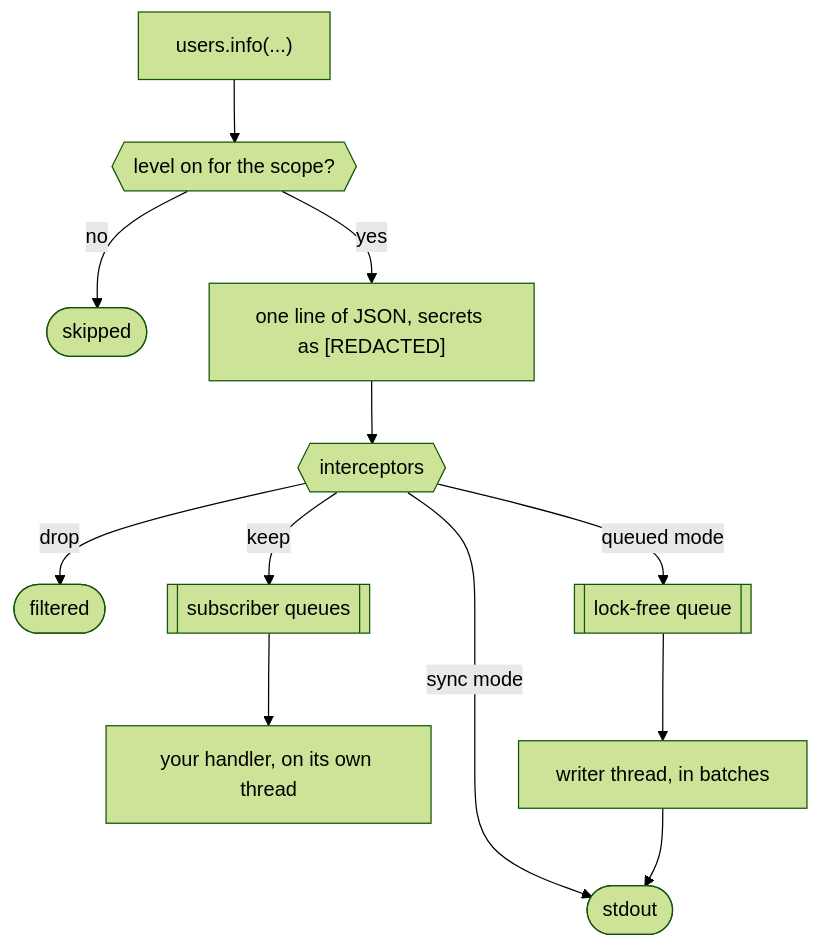
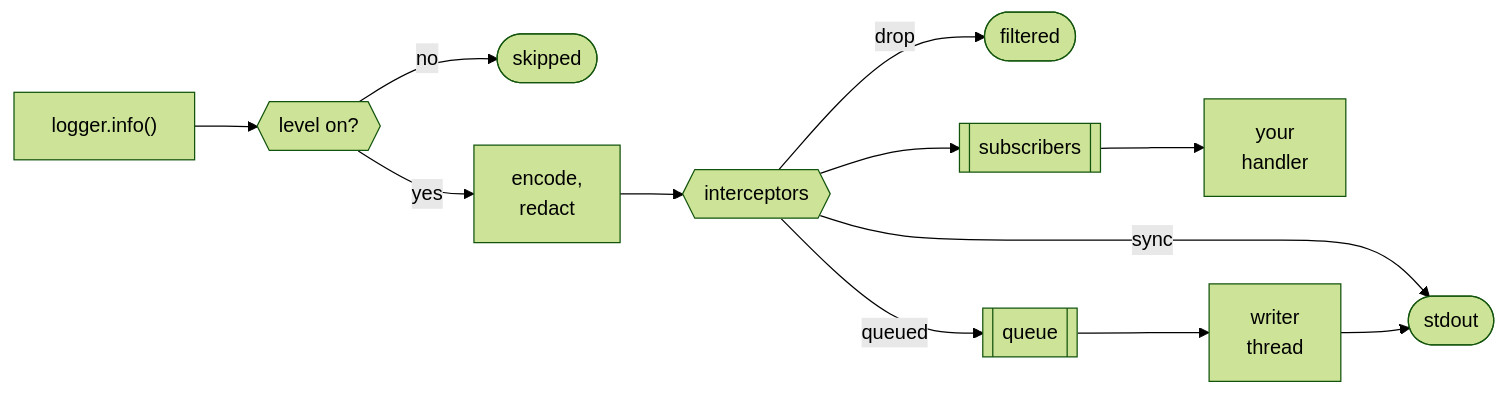
The first of 7 diagrams in src/log/examples/README.md (vkiryakov/zefir), drawn with Mermaid (forest theme) before and after one commit.

Commit message:
Keep the record's path diagram short, as confy's

````diff
--- a/src/log/examples/README.md
+++ b/src/log/examples/README.md
@@ -64,14 +64,14 @@
 ```mermaid
-flowchart TD
-    call["users.info(...)"] --> level{{"level on for the scope?"}}
+flowchart LR
+    call["logger.info()"] --> level{{"level on?"}}
     level -->|no| skipped(["skipped"])
-    level -->|yes| encode["one line of JSON, secrets as [REDACTED]"]
+    level -->|yes| encode["encode,<br/>redact"]
     encode --> hooks{{"interceptors"}}
     hooks -->|drop| filtered(["filtered"])
-    hooks -->|keep| subs[["subscriber queues"]]
-    hooks -->|sync mode| stdout(["stdout"])
-    hooks -->|queued mode| queue[["lock-free queue"]]
-    subs --> handler["your handler, on its own thread"]
-    queue --> writer["writer thread, in batches"]
+    hooks --> subs[["subscribers"]]
+    subs --> handler["your<br/>handler"]
+    hooks -->|sync| stdout(["stdout"])
+    hooks -->|queued| queue[["queue"]]
+    queue --> writer["writer<br/>thread"]
     writer --> stdout
 ```
````
